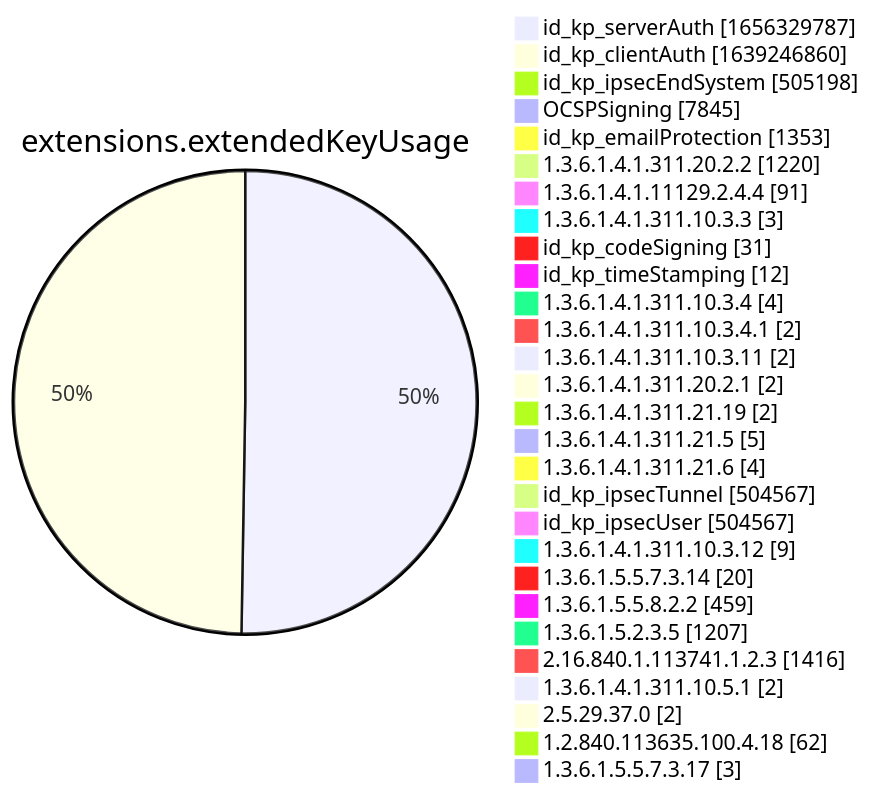
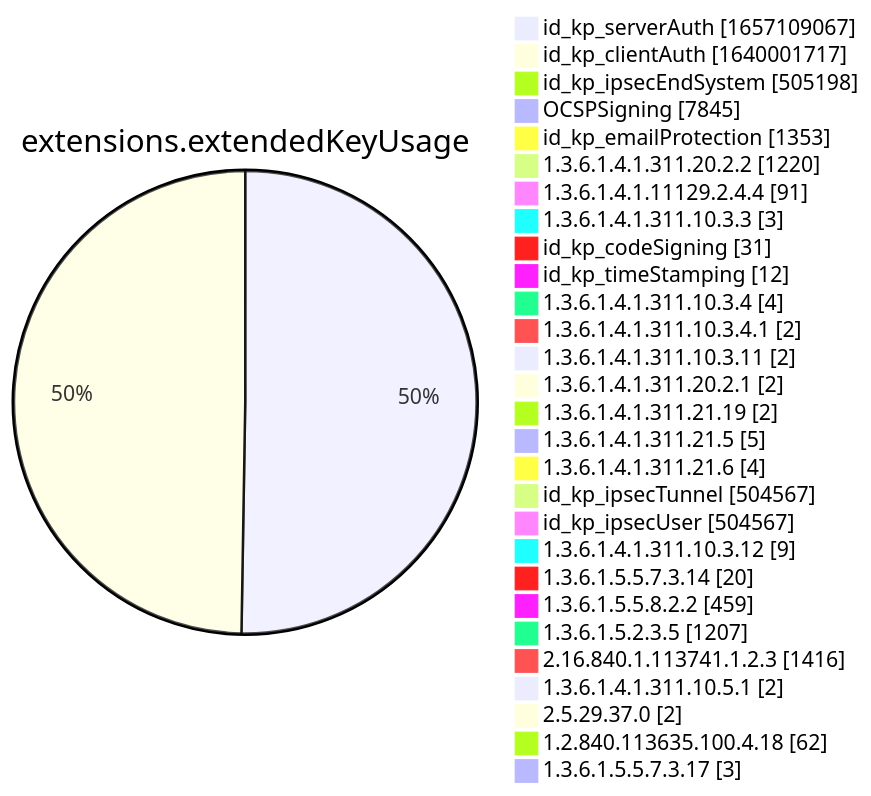
One commit to christiankrug/ctmonitor_visualization changed diagram 12 of 15 in xenon2022/README.md. Above: the diagram before and after it, drawn with Mermaid. The commit also changed other lines of this file, not shown here.

````diff
--- a/xenon2022/README.md
+++ b/xenon2022/README.md
@@ -3886,32 +3886,32 @@
 ```mermaid
 pie showData
 title extensions.extendedKeyUsage
-"id_kp_serverAuth" :1656329787
-"id_kp_clientAuth" :1639246860
+"id_kp_serverAuth" :1657109067
+"id_kp_clientAuth" :1640001717
 "id_kp_ipsecEndSystem" :505198
 "OCSPSigning" :7845
 "id_kp_emailProtection" :1353
 "1.3.6.1.4.1.311.20.2.2" :1220
 "1.3.6.1.4.1.11129.2.4.4" :91
 "1.3.6.1.4.1.311.10.3.3" :3
 "id_kp_codeSigning" :31
 "id_kp_timeStamping" :12
 "1.3.6.1.4.1.311.10.3.4" :4
 "1.3.6.1.4.1.311.10.3.4.1" :2
 "1.3.6.1.4.1.311.10.3.11" :2
 "1.3.6.1.4.1.311.20.2.1" :2
 "1.3.6.1.4.1.311.21.19" :2
 "1.3.6.1.4.1.311.21.5" :5
 "1.3.6.1.4.1.311.21.6" :4
 "id_kp_ipsecTunnel" :504567
 "id_kp_ipsecUser" :504567
 "1.3.6.1.4.1.311.10.3.12" :9
 "1.3.6.1.5.5.7.3.14" :20
 "1.3.6.1.5.5.8.2.2" :459
 "1.3.6.1.5.2.3.5" :1207
 "2.16.840.1.113741.1.2.3" :1416
 "1.3.6.1.4.1.311.10.5.1" :2
 "2.5.29.37.0" :2
 "1.2.840.113635.100.4.18" :62
 "1.3.6.1.5.5.7.3.17" :3
 ```
````
